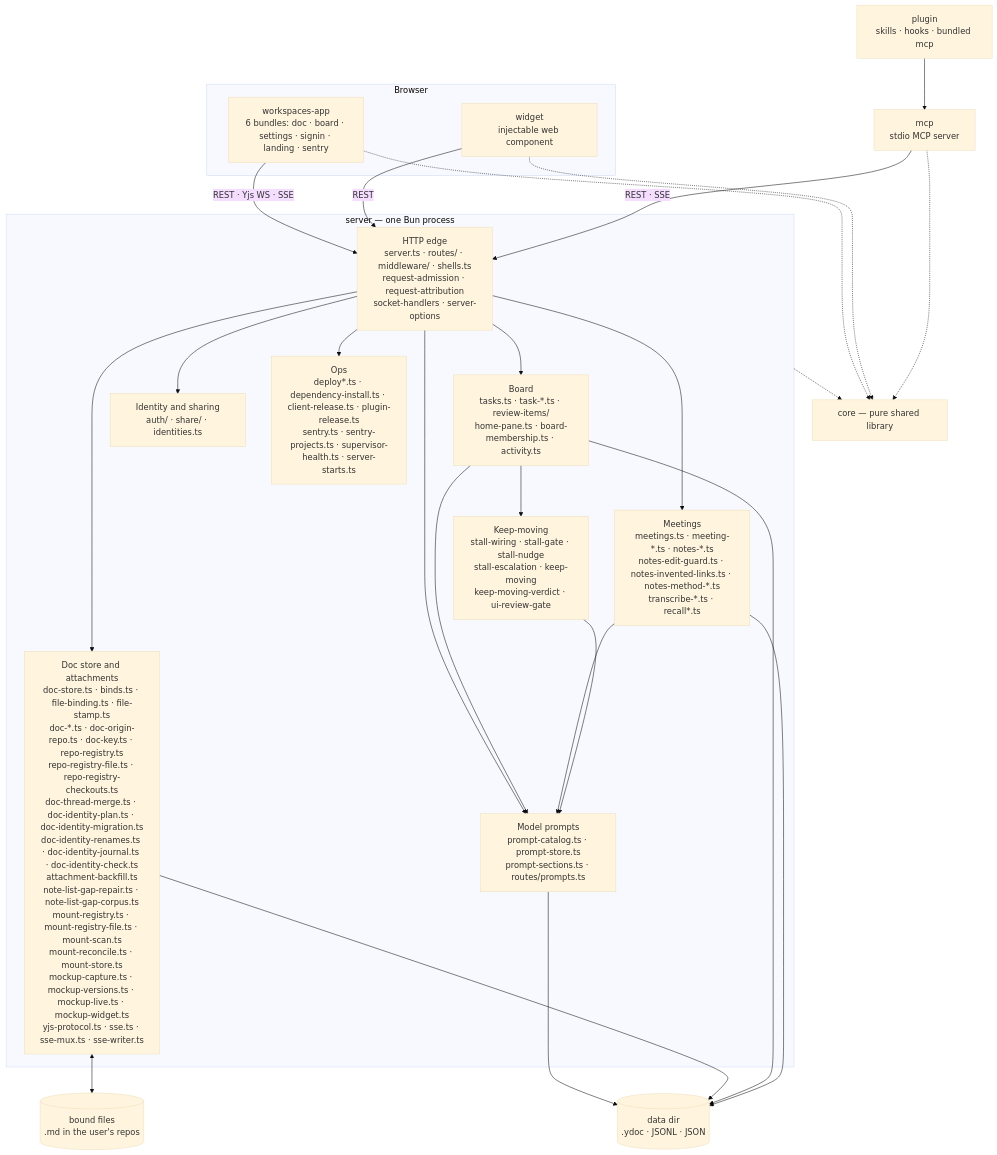
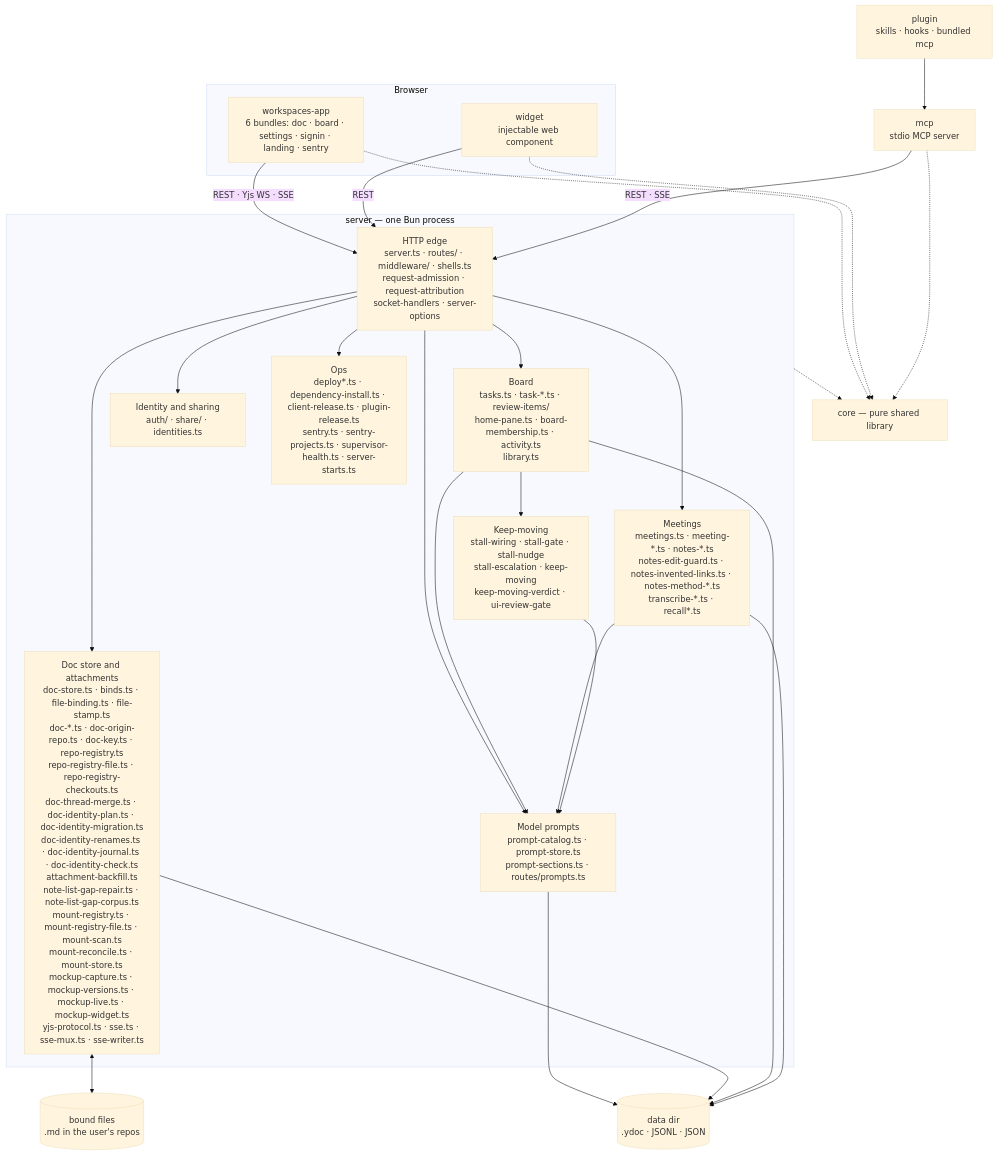
The first of 2 diagrams in docs/architecture/overview.md (fryanpan/claude-workspaces-plugin), drawn with Mermaid (base theme) before and after one commit. The commit also changed other lines of this file and 19 other files, not shown here.

First line of the commit message:
A board's Library: every meeting and file, one tap from the doc (#919)

````diff
--- a/docs/architecture/overview.md
+++ b/docs/architecture/overview.md
@@ -45,35 +45,35 @@
 ```mermaid
 flowchart TB
   subgraph browser[Browser]
     app["workspaces-app<br/>6 bundles: doc · board · settings · signin · landing · sentry"]
     wid["widget<br/>injectable web component"]
   end
   plug["plugin<br/>skills · hooks · bundled mcp"]
   mcp["mcp<br/>stdio MCP server"]
   subgraph srv["server — one Bun process"]
     edge["HTTP edge<br/>server.ts · routes/ · middleware/ · shells.ts<br/>request-admission · request-attribution<br/>socket-handlers · server-options"]
     docs["Doc store and attachments<br/>doc-store.ts · binds.ts · file-binding.ts · file-stamp.ts<br/>doc-*.ts · doc-origin-repo.ts · doc-key.ts · repo-registry.ts<br/>repo-registry-file.ts · repo-registry-checkouts.ts<br/>doc-thread-merge.ts · doc-identity-plan.ts · doc-identity-migration.ts<br/>doc-identity-renames.ts · doc-identity-journal.ts · doc-identity-check.ts<br/>attachment-backfill.ts<br/>note-list-gap-repair.ts · note-list-gap-corpus.ts<br/>mount-registry.ts · mount-registry-file.ts · mount-scan.ts<br/>mount-reconcile.ts · mount-store.ts<br/>mockup-capture.ts · mockup-versions.ts · mockup-live.ts · mockup-widget.ts<br/>yjs-protocol.ts · sse.ts · sse-mux.ts · sse-writer.ts"]
-    board["Board<br/>tasks.ts · task-*.ts · review-items/<br/>home-pane.ts · board-membership.ts · activity.ts"]
+    board["Board<br/>tasks.ts · task-*.ts · review-items/<br/>home-pane.ts · board-membership.ts · activity.ts<br/>library.ts"]
     meet["Meetings<br/>meetings.ts · meeting-*.ts · notes-*.ts<br/>notes-edit-guard.ts · notes-invented-links.ts · notes-method-*.ts<br/>transcribe-*.ts · recall*.ts"]
     keep["Keep-moving<br/>stall-wiring · stall-gate · stall-nudge<br/>stall-escalation · keep-moving<br/>keep-moving-verdict · ui-review-gate"]
     ident["Identity and sharing<br/>auth/ · share/ · identities.ts"]
     prompts["Model prompts<br/>prompt-catalog.ts · prompt-store.ts<br/>prompt-sections.ts · routes/prompts.ts"]
     ops["Ops<br/>deploy*.ts · dependency-install.ts · client-release.ts · plugin-release.ts<br/>sentry.ts · sentry-projects.ts · supervisor-health.ts · server-starts.ts"]
   end
   core["core — pure shared library"]
   disk[("data dir<br/>.ydoc · JSONL · JSON")]
   files[("bound files<br/>.md in the user's repos")]
 
   app -->|"REST · Yjs WS · SSE"| edge
   wid -->|REST| edge
   plug --> mcp
   mcp -->|"REST · SSE"| edge
   edge --> docs & board & meet & ident & ops & prompts
   board & meet & keep --> prompts
   prompts --> disk
   board --> keep
   docs <--> files
   docs & board & meet --> disk
   app & wid & mcp -.-> core
   srv -.-> core
 ```
````
